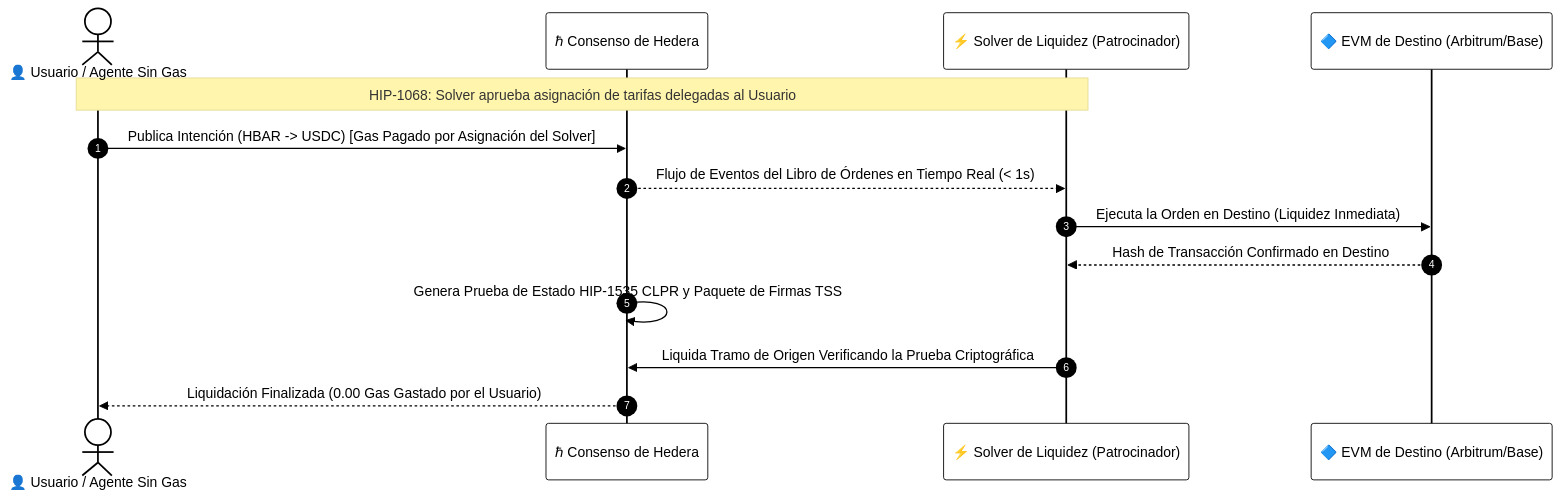
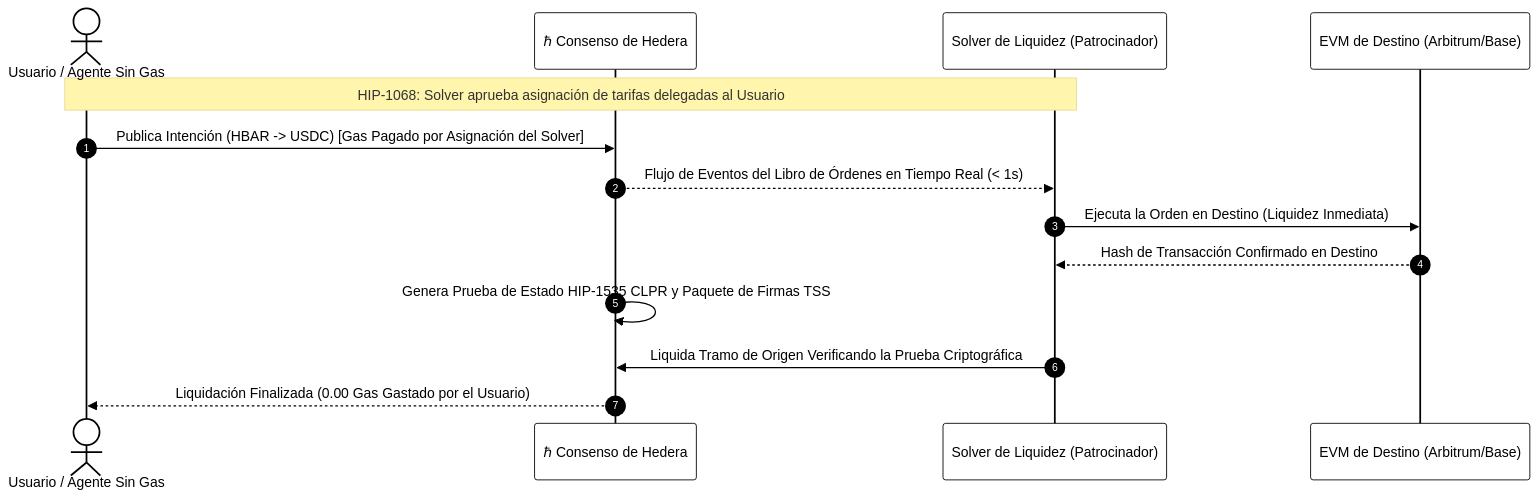
The diagram in course/Spanish/M13_Cross_Ledger_and_Data_Streams/README.md (altaga/Hedera-By-Example), drawn with Mermaid before and after one commit. The commit also changed other lines of this file and 590 other files, not shown here.

````diff
--- a/course/Spanish/M13_Cross_Ledger_and_Data_Streams/README.md
+++ b/course/Spanish/M13_Cross_Ledger_and_Data_Streams/README.md
@@ -26,35 +26,35 @@
 ```mermaid
 %%{init: {
   'theme': 'base',
   'themeVariables': {
     'primaryColor': '#ffffff',
     'primaryTextColor': '#000000',
     'primaryBorderColor': '#000000',
     'lineColor': '#000000',
     'secondaryColor': '#FF4500',
     'tertiaryColor': '#ffffff',
     'mainBkg': '#ffffff',
     'nodeBorder': '#000000',
     'clusterBkg': '#F9F9F6',
     'clusterBorder': '#000000',
     'fontSize': '14px',
     'fontFamily': 'Inter, system-ui, -apple-system, sans-serif',
     'nodeRadius': '0px'
   }
 }}%%
 sequenceDiagram
     autonumber
-    actor User as 👤 Usuario / Agente Sin Gas
+    actor User as  Usuario / Agente Sin Gas
     participant Hedera as ℏ Consenso de Hedera
-    participant Solver as ⚡ Solver de Liquidez (Patrocinador)
-    participant DestChain as 🔷 EVM de Destino (Arbitrum/Base)
+    participant Solver as  Solver de Liquidez (Patrocinador)
+    participant DestChain as  EVM de Destino (Arbitrum/Base)
 
     Note over User,Solver: HIP-1068: Solver aprueba asignación de tarifas delegadas al Usuario
     User->>Hedera: Publica Intención (HBAR -> USDC) [Gas Pagado por Asignación del Solver]
     Hedera-->>Solver: Flujo de Eventos del Libro de Órdenes en Tiempo Real (< 1s)
     Solver->>DestChain: Ejecuta la Orden en Destino (Liquidez Inmediata)
     DestChain-->>Solver: Hash de Transacción Confirmado en Destino
     Hedera->>Hedera: Genera Prueba de Estado HIP-1535 CLPR y Paquete de Firmas TSS
     Solver->>Hedera: Liquida Tramo de Origen Verificando la Prueba Criptográfica
     Hedera-->>User: Liquidación Finalizada (0.00 Gas Gastado por el Usuario)
 ```
````
